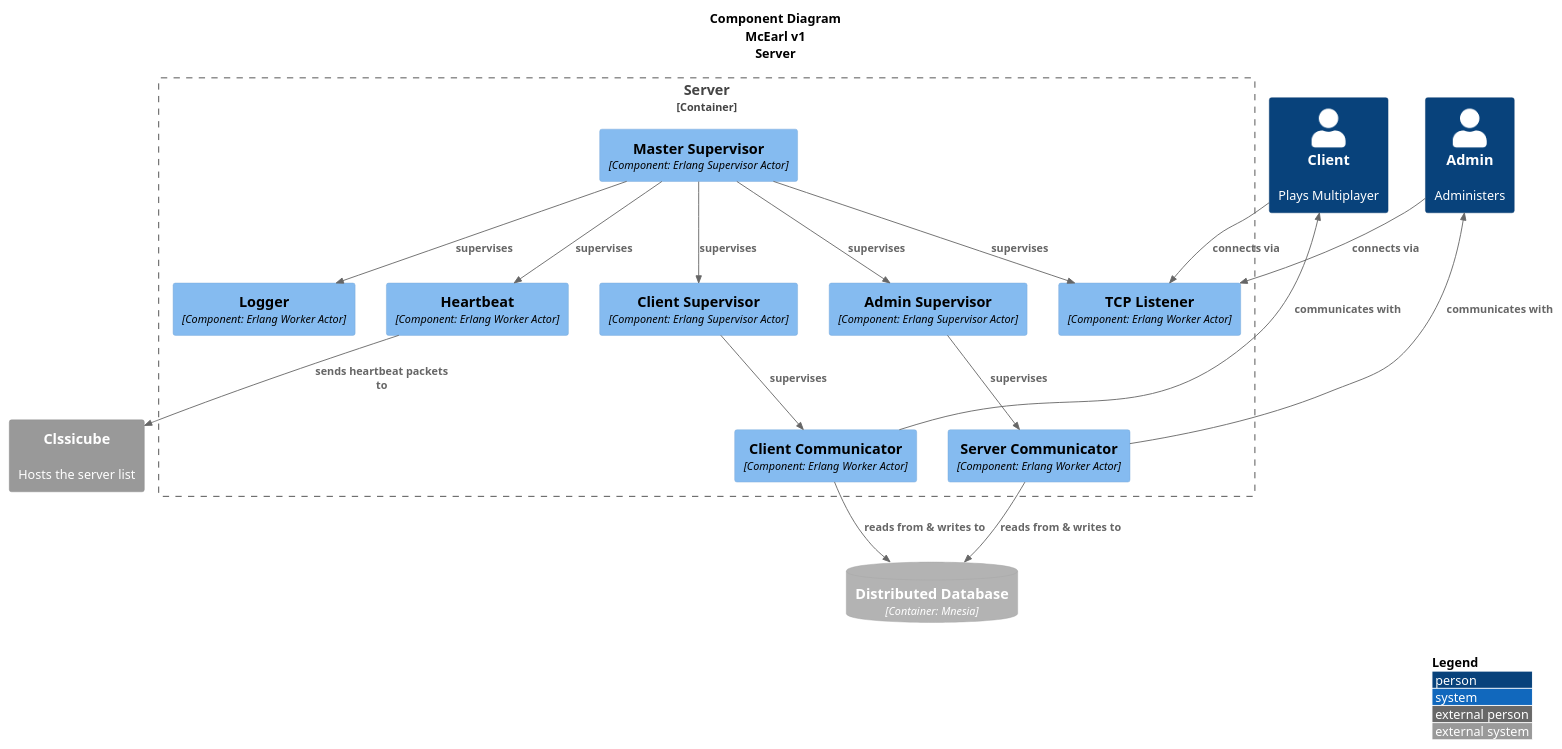
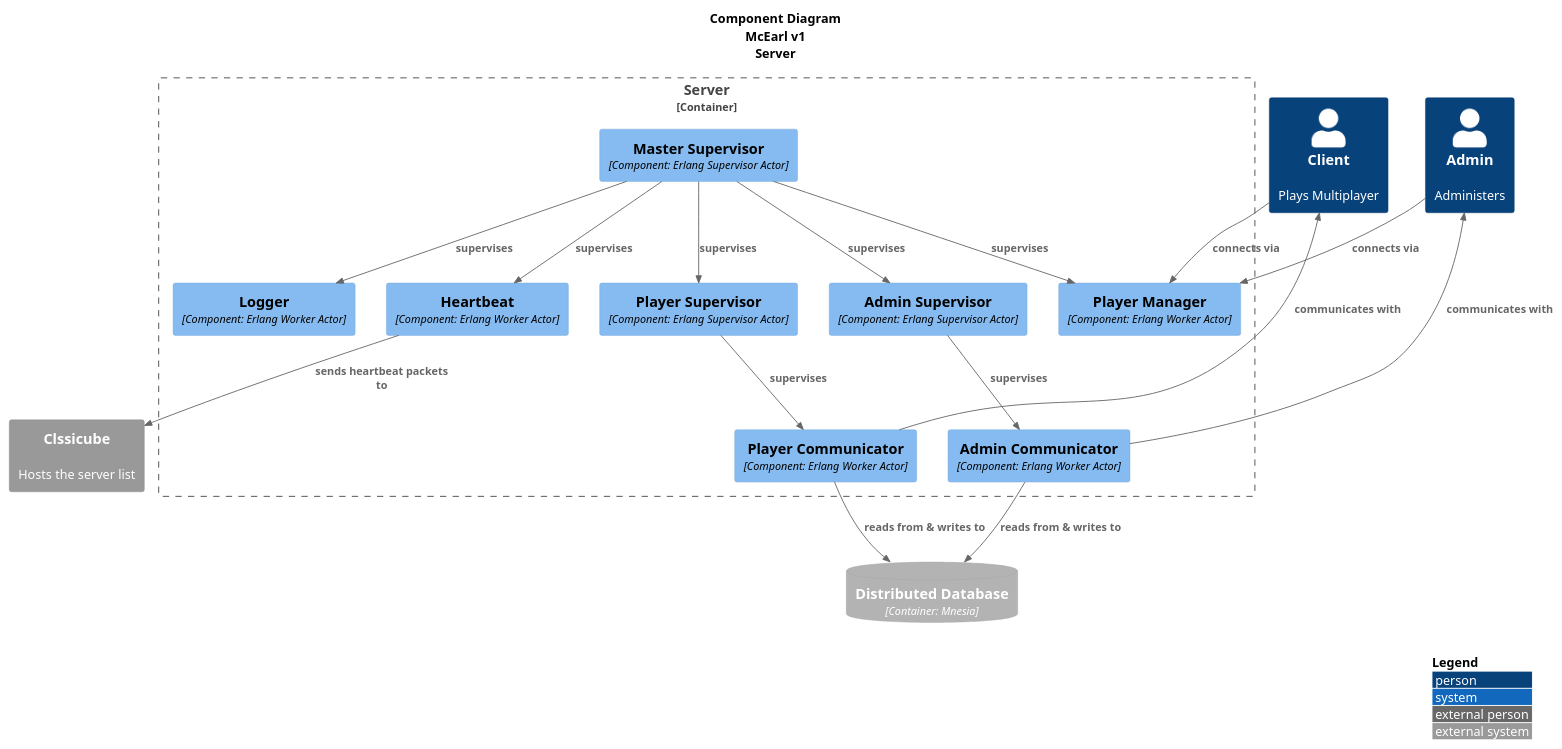
The diagram in doc/diagrams/c3-server-v1.puml (OT7EtoYoshimura/mcearl), drawn with PlantUML before and after one commit. The commit also changed 4 other files, not shown here.

Commit message:
Update C4 diagrams and add sequence diagram

```diff
--- a/doc/diagrams/c3-server-v1.puml
+++ b/doc/diagrams/c3-server-v1.puml
@@ -1,43 +1,43 @@
 @startuml c3-server-v1
 
 !include https://raw.githubusercontent.com/plantuml-stdlib/C4-PlantUML/master/C4_Container.puml
 !include https://raw.githubusercontent.com/plantuml-stdlib/C4-PlantUML/master/C4_Component.puml
 !include https://raw.githubusercontent.com/plantuml-stdlib/C4-PlantUML/master/C4_Context.puml
 
 title Component Diagram\nMcEarl v1\nServer
 AddRelTag("dashed", $lineStyle = DashedLine())
 
 Person(client, "Client", "Plays Multiplayer")
 Person(admin, "Admin", "Administers")
 
 Container_Boundary(boundary, "Server") {
-	Component(masterSup, "Master Supervisor", "Component: Erlang Supervisor Actor")
+	Component(mcearl_sup, "Master Supervisor", "Component: Erlang Supervisor Actor")
 	Component(logger, "Logger", "Component: Erlang Worker Actor")
-	Component(listen, "TCP Listener", "Component: Erlang Worker Actor")
+	Component(player_man, "Player Manager", "Component: Erlang Worker Actor")
 	Component(heartbeat, "Heartbeat", "Component: Erlang Worker Actor")
-	Component(clientSup, "Client Supervisor", "Component: Erlang Supervisor Actor")
-	Component(clientComp, "Client Communicator", "Component: Erlang Worker Actor")
-	Component(adminSup, "Admin Supervisor", "Component: Erlang Supervisor Actor")
-	Component(adminComp, "Server Communicator", "Component: Erlang Worker Actor")
+	Component(player_sup, "Player Supervisor", "Component: Erlang Supervisor Actor")
+	Component(player_serv, "Player Communicator", "Component: Erlang Worker Actor")
+	Component(admin_sup, "Admin Supervisor", "Component: Erlang Supervisor Actor")
+	Component(admin_serv, "Admin Communicator", "Component: Erlang Worker Actor")
 }
 
 System_Ext(classicube, "Clssicube", "Hosts the server list")
 ContainerDb_Ext(db, "Distributed Database", "Container: Mnesia")
 
-Rel_D(client, listen, "connects via")
-Rel_D(admin, listen, "connects via")
+Rel_D(client, player_man, "connects via")
+Rel_D(admin, player_man, "connects via")
 Rel(heartbeat, classicube, "sends heartbeat packets to")
-Rel(masterSup, logger, "supervises")
-Rel(masterSup, clientSup, "supervises")
-Rel(masterSup, adminSup, "supervises")
-Rel(masterSup, listen, "supervises")
-Rel(masterSup, heartbeat, "supervises")
-Rel(clientSup, clientComp, "supervises")
-Rel(clientComp, db, "reads from & writes to")
-Rel_U(clientComp, client, "communicates with")
-Rel(adminSup, adminComp, "supervises")
-Rel_U(adminComp, admin, "communicates with")
-Rel(adminComp, db, "reads from & writes to")
+Rel(mcearl_sup, logger, "supervises")
+Rel(mcearl_sup, player_sup, "supervises")
+Rel(mcearl_sup, admin_sup, "supervises")
+Rel(mcearl_sup, player_man, "supervises")
+Rel(mcearl_sup, heartbeat, "supervises")
+Rel(player_sup, player_serv, "supervises")
+Rel(player_serv, db, "reads from & writes to")
+Rel_U(player_serv, client, "communicates with")
+Rel(admin_sup, admin_serv, "supervises")
+Rel_U(admin_serv, admin, "communicates with")
+Rel(admin_serv, db, "reads from & writes to")
 
 LAYOUT_WITH_LEGEND()
 @enduml
```
